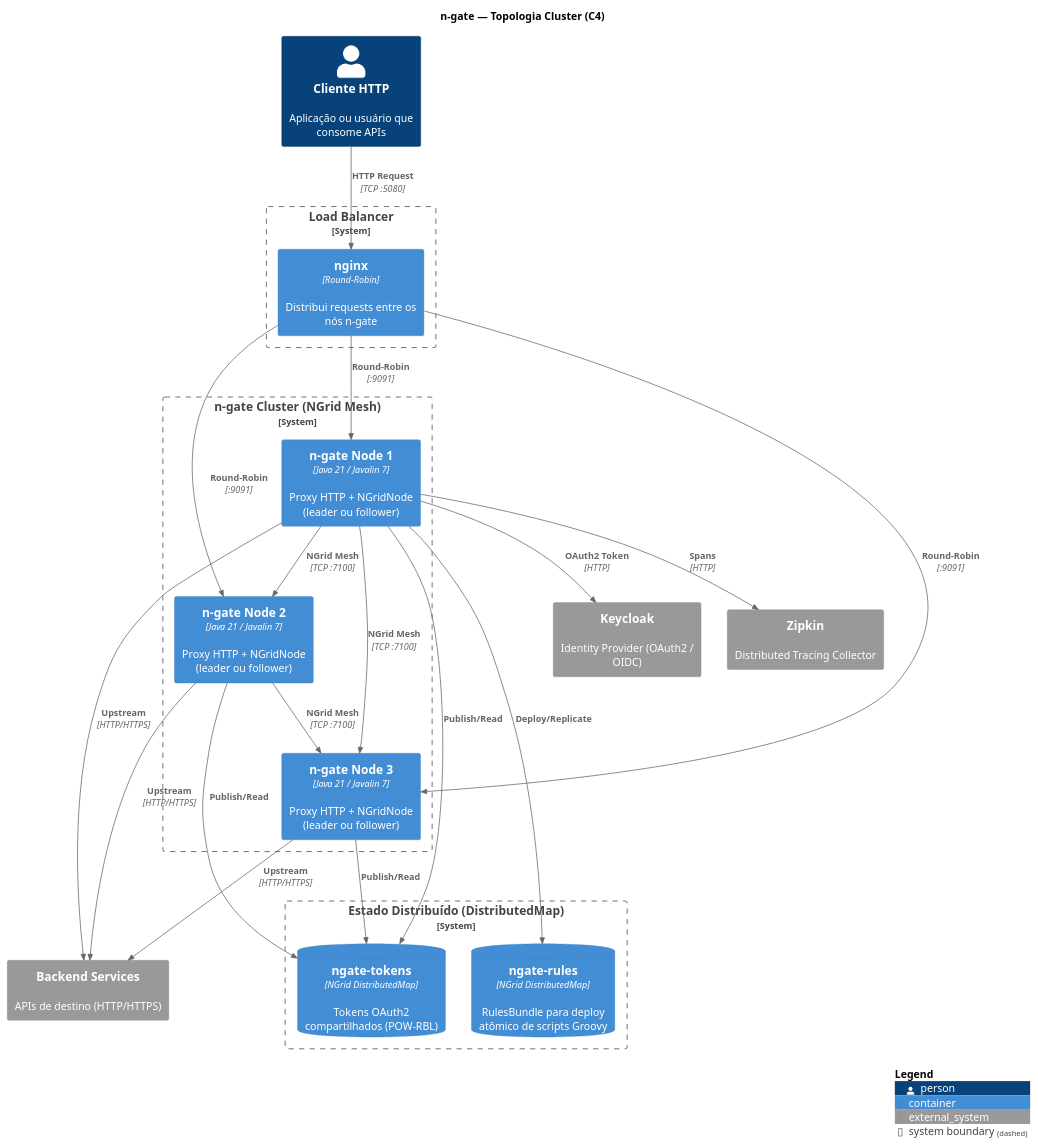
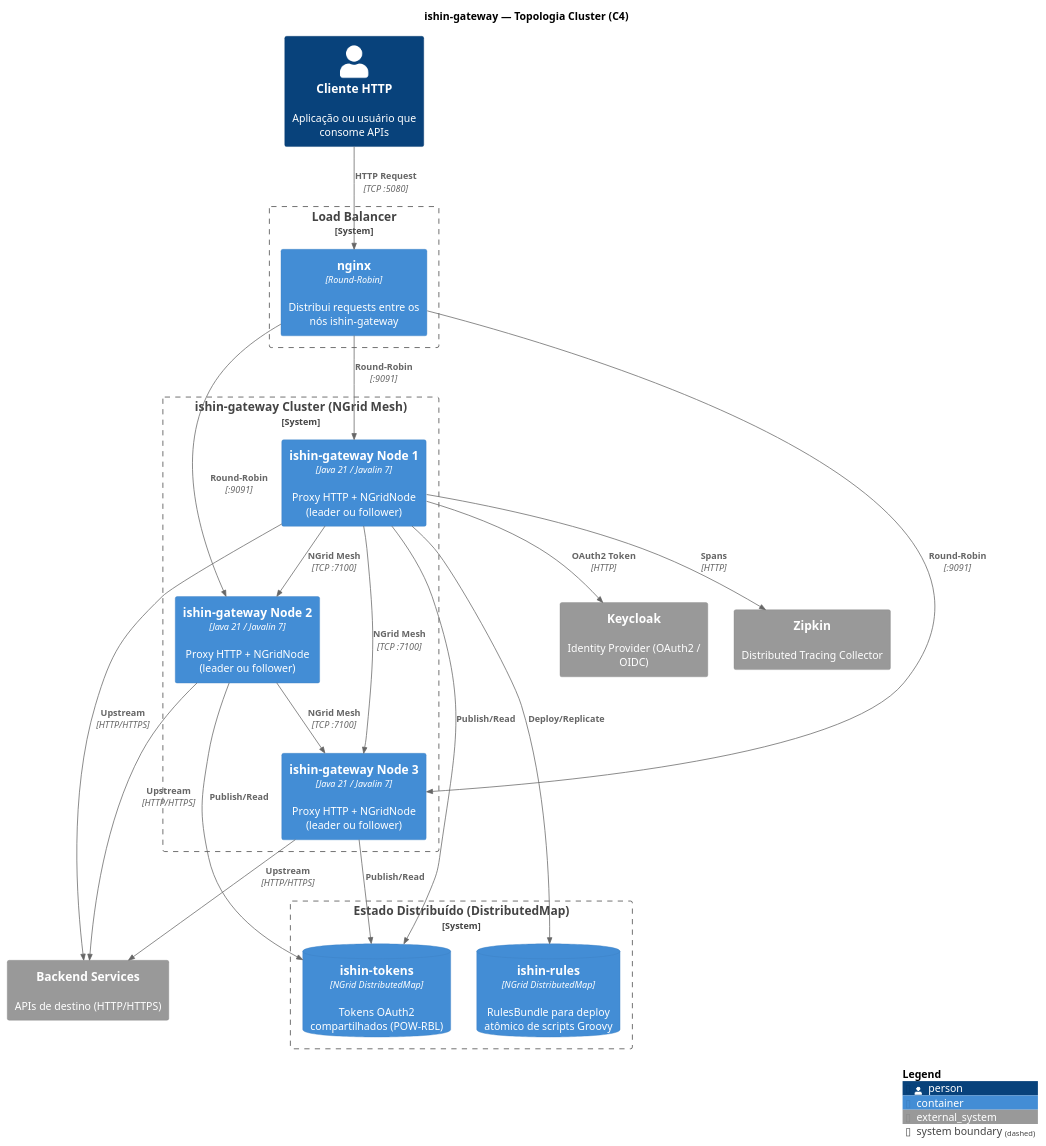
The diagram in docs/diagrams/cluster_topology.puml (nishisan-dev/ishin-gateway), drawn with PlantUML before and after one commit. The commit also changed 343 other files, not shown here.

First line of the commit message:
refactor: rename project from n-gate to ishin-gateway

```diff
--- a/docs/diagrams/cluster_topology.puml
+++ b/docs/diagrams/cluster_topology.puml
@@ -1,50 +1,50 @@
 @startuml cluster_topology
 !include https://raw.githubusercontent.com/plantuml-stdlib/C4-PlantUML/master/C4_Container.puml
 
-title n-gate — Topologia Cluster (C4)
+title ishin-gateway — Topologia Cluster (C4)
 
 Person(client, "Cliente HTTP", "Aplicação ou usuário que consome APIs")
 
 System_Boundary(lb_boundary, "Load Balancer") {
-    Container(nginx_lb, "nginx", "Round-Robin", "Distribui requests entre os nós n-gate")
+    Container(nginx_lb, "nginx", "Round-Robin", "Distribui requests entre os nós ishin-gateway")
 }
 
-System_Boundary(cluster_boundary, "n-gate Cluster (NGrid Mesh)") {
-    Container(node1, "n-gate Node 1", "Java 21 / Javalin 7", "Proxy HTTP + NGridNode (leader ou follower)")
-    Container(node2, "n-gate Node 2", "Java 21 / Javalin 7", "Proxy HTTP + NGridNode (leader ou follower)")
-    Container(node3, "n-gate Node 3", "Java 21 / Javalin 7", "Proxy HTTP + NGridNode (leader ou follower)")
+System_Boundary(cluster_boundary, "ishin-gateway Cluster (NGrid Mesh)") {
+    Container(node1, "ishin-gateway Node 1", "Java 21 / Javalin 7", "Proxy HTTP + NGridNode (leader ou follower)")
+    Container(node2, "ishin-gateway Node 2", "Java 21 / Javalin 7", "Proxy HTTP + NGridNode (leader ou follower)")
+    Container(node3, "ishin-gateway Node 3", "Java 21 / Javalin 7", "Proxy HTTP + NGridNode (leader ou follower)")
 }
 
 System_Boundary(state_boundary, "Estado Distribuído (DistributedMap)") {
-    ContainerDb(token_map, "ngate-tokens", "NGrid DistributedMap", "Tokens OAuth2 compartilhados (POW-RBL)")
-    ContainerDb(rules_map, "ngate-rules", "NGrid DistributedMap", "RulesBundle para deploy atômico de scripts Groovy")
+    ContainerDb(token_map, "ishin-tokens", "NGrid DistributedMap", "Tokens OAuth2 compartilhados (POW-RBL)")
+    ContainerDb(rules_map, "ishin-rules", "NGrid DistributedMap", "RulesBundle para deploy atômico de scripts Groovy")
 }
 
 System_Ext(backends, "Backend Services", "APIs de destino (HTTP/HTTPS)")
 System_Ext(keycloak, "Keycloak", "Identity Provider (OAuth2 / OIDC)")
 System_Ext(zipkin, "Zipkin", "Distributed Tracing Collector")
 
 Rel(client, nginx_lb, "HTTP Request", "TCP :5080")
 Rel(nginx_lb, node1, "Round-Robin", ":9091")
 Rel(nginx_lb, node2, "Round-Robin", ":9091")
 Rel(nginx_lb, node3, "Round-Robin", ":9091")
 
 Rel(node1, node2, "NGrid Mesh", "TCP :7100")
 Rel(node2, node3, "NGrid Mesh", "TCP :7100")
 Rel(node1, node3, "NGrid Mesh", "TCP :7100")
 
 Rel(node1, token_map, "Publish/Read")
 Rel(node2, token_map, "Publish/Read")
 Rel(node3, token_map, "Publish/Read")
 
 Rel(node1, rules_map, "Deploy/Replicate")
 
 Rel(node1, backends, "Upstream", "HTTP/HTTPS")
 Rel(node2, backends, "Upstream", "HTTP/HTTPS")
 Rel(node3, backends, "Upstream", "HTTP/HTTPS")
 
 Rel(node1, keycloak, "OAuth2 Token", "HTTP")
 Rel(node1, zipkin, "Spans", "HTTP")
 
 SHOW_LEGEND()
 @enduml
```
